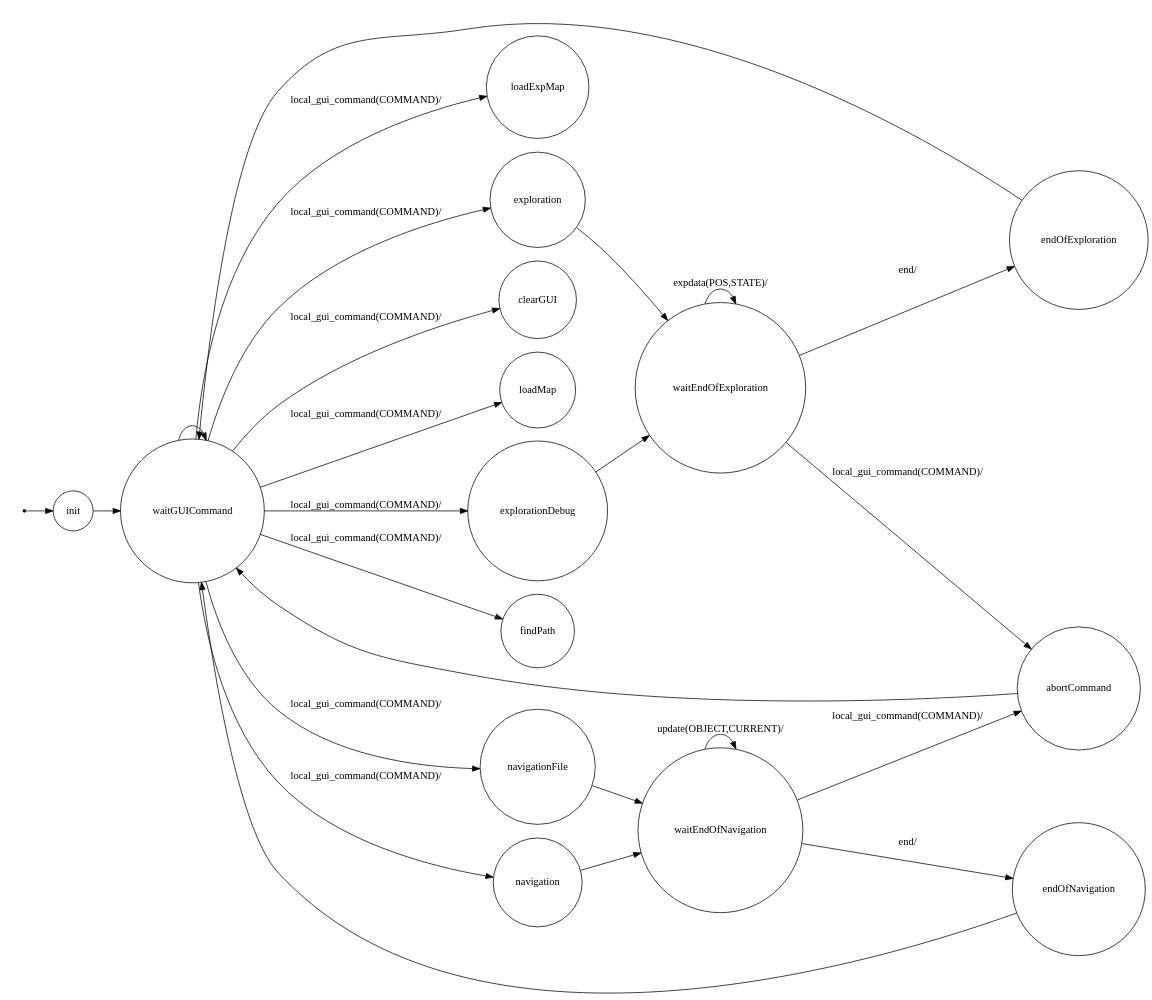
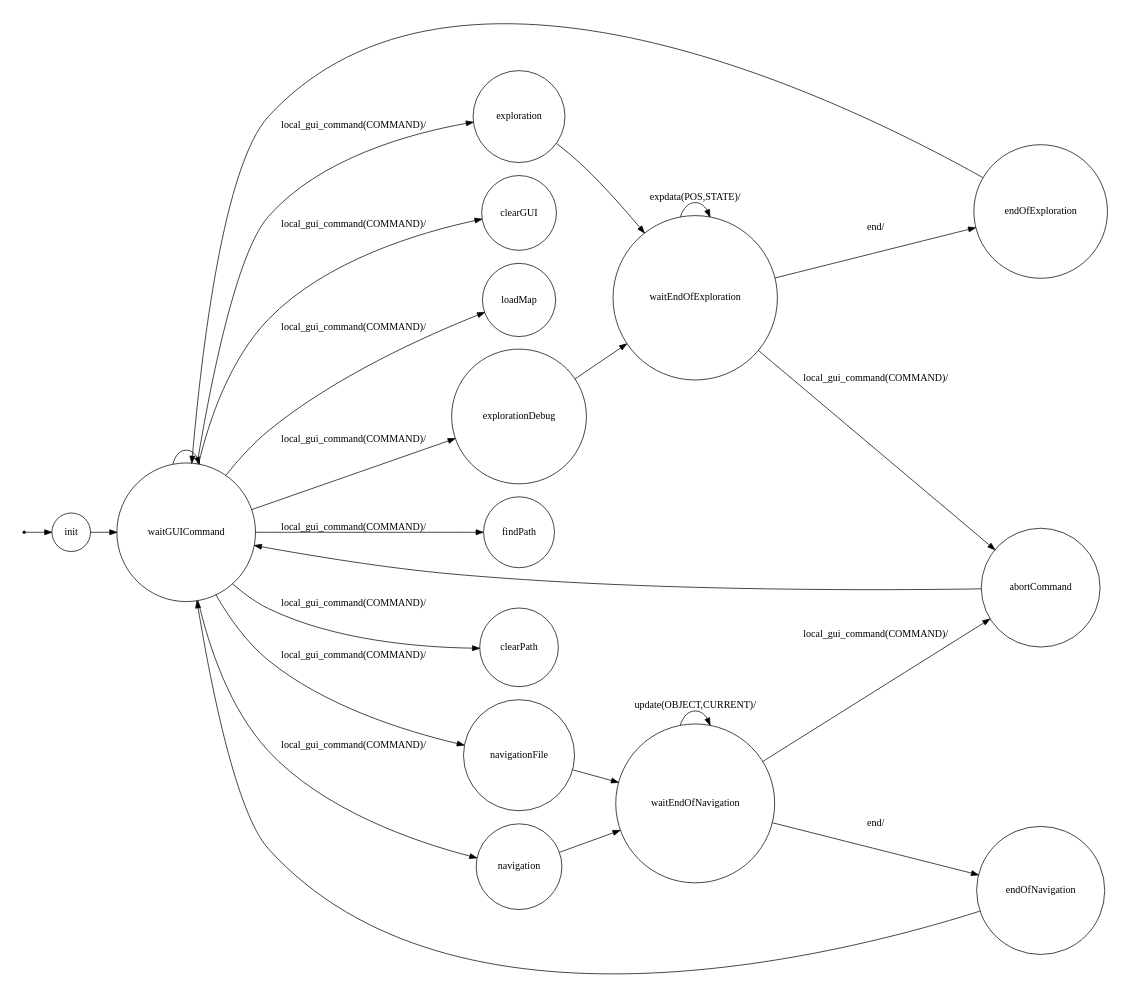
Before and after one commit to dariopasquali/IOT_Planning: the diagram in SCOUT PROJECT 2017/it.unibo.iot.pasquali.scout.Console/srcMore/it/unibo/console/dotFsm.gv, drawn with Graphviz. The commit also changed 41 other files, not shown here.

```diff
--- a/SCOUT PROJECT 2017/it.unibo.iot.pasquali.scout.Console/srcMore/it/unibo/console/dotFsm.gv
+++ b/SCOUT PROJECT 2017/it.unibo.iot.pasquali.scout.Console/srcMore/it/unibo/console/dotFsm.gv
@@ -1,52 +1,52 @@
 /*
 *
 * A GraphViz DOT FSM description 
 * Please use a GraphViz visualizer (like http://www.webgraphviz.com)
 * 
 * Generated by AM,NC,RM
 *  
 */
  
 digraph finite_state_machine {
   	rankdir=LR;
   	size="8,5"
   	node [shape = point]; iniziale;
   	node [shape = doublecircle]; 
   	node [shape = circle];
   	iniziale -> init [label = ""];
   	
   	
   	init -> waitGUICommand [ label = ""];
   	
   	waitGUICommand -> waitGUICommand [ label = ""];
   	waitGUICommand -> navigation [ label = "local_gui_command(COMMAND)/"];
-  	waitGUICommand -> loadExpMap [ label = "local_gui_command(COMMAND)/"];
   	waitGUICommand -> exploration [ label = "local_gui_command(COMMAND)/"];
   	waitGUICommand -> clearGUI [ label = "local_gui_command(COMMAND)/"];
   	waitGUICommand -> loadMap [ label = "local_gui_command(COMMAND)/"];
   	waitGUICommand -> explorationDebug [ label = "local_gui_command(COMMAND)/"];
   	waitGUICommand -> findPath [ label = "local_gui_command(COMMAND)/"];
   	waitGUICommand -> navigationFile [ label = "local_gui_command(COMMAND)/"];
+  	waitGUICommand -> clearPath [ label = "local_gui_command(COMMAND)/"];
   	
   	exploration -> waitEndOfExploration [ label = ""];
   	
   	explorationDebug -> waitEndOfExploration [ label = ""];
   	
   	waitEndOfExploration -> waitEndOfExploration [ label = "expdata(POS,STATE)/"];
   	waitEndOfExploration -> endOfExploration [ label = "end/"];
   	waitEndOfExploration -> abortCommand [ label = "local_gui_command(COMMAND)/"];
   	
   	endOfExploration -> waitGUICommand [ label = ""];
   	
   	navigation -> waitEndOfNavigation [ label = ""];
   	
   	navigationFile -> waitEndOfNavigation [ label = ""];
   	
   	waitEndOfNavigation -> waitEndOfNavigation [ label = "update(OBJECT,CURRENT)/"];
   	waitEndOfNavigation -> endOfNavigation [ label = "end/"];
   	waitEndOfNavigation -> abortCommand [ label = "local_gui_command(COMMAND)/"];
   	
   	endOfNavigation -> waitGUICommand [ label = ""];
   	
   	abortCommand -> waitGUICommand [ label = ""];
 }
```
